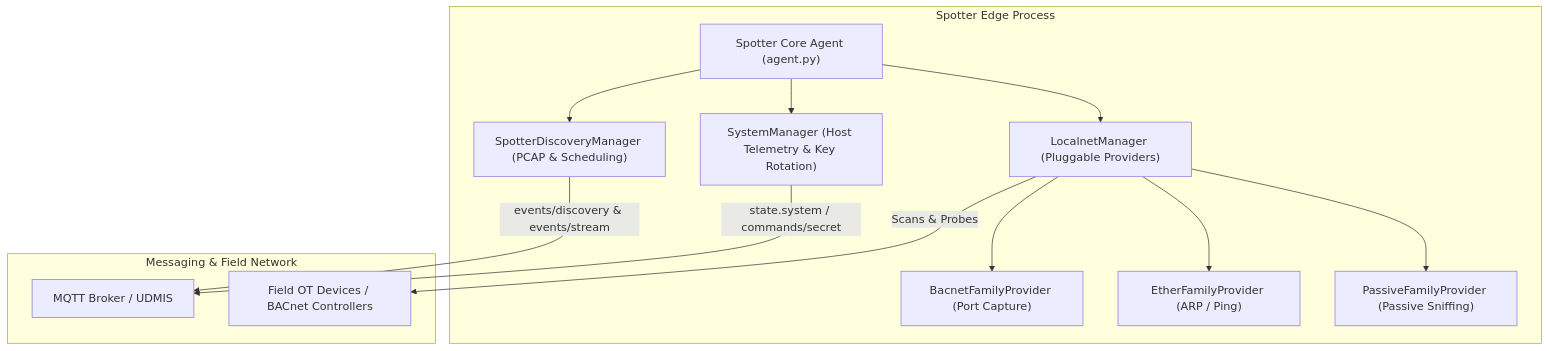
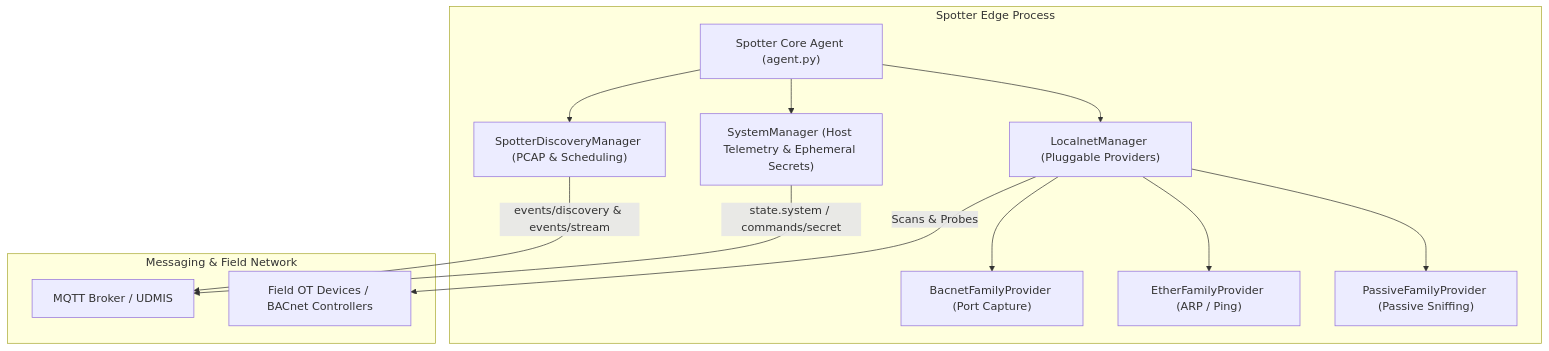
The diagram in edge/spotter/README.md (faucetsdn/udmi), drawn with Mermaid before and after one commit. The commit also changed other lines of this file and 15 other files, not shown here.

````diff
--- a/edge/spotter/README.md
+++ b/edge/spotter/README.md
@@ -23,30 +22,30 @@
 ```mermaid
 graph TD
     subgraph "Spotter Edge Process"
         AGENT["Spotter Core Agent (agent.py)"]
-        SYS["SystemManager (Host Telemetry & Key Rotation)"]
+        SYS["SystemManager (Host Telemetry & Ephemeral Secrets)"]
         DISC["SpotterDiscoveryManager (PCAP & Scheduling)"]
         LOC["LocalnetManager (Pluggable Providers)"]
         
         BAC["BacnetFamilyProvider (Port Capture)"]
         ETH["EtherFamilyProvider (ARP / Ping)"]
         PAS["PassiveFamilyProvider (Passive Sniffing)"]
         
         AGENT --> SYS
         AGENT --> DISC
         AGENT --> LOC
         
         LOC --> BAC
         LOC --> ETH
         LOC --> PAS
     end
 
     subgraph "Messaging & Field Network"
         MB["MQTT Broker / UDMIS"]
         DEV["Field OT Devices / BACnet Controllers"]
     end
 
     SYS -->|"state.system / commands/secret"| MB
     DISC -->|"events/discovery & events/stream"| MB
     LOC -->|"Scans & Probes"| DEV
 ```
````
